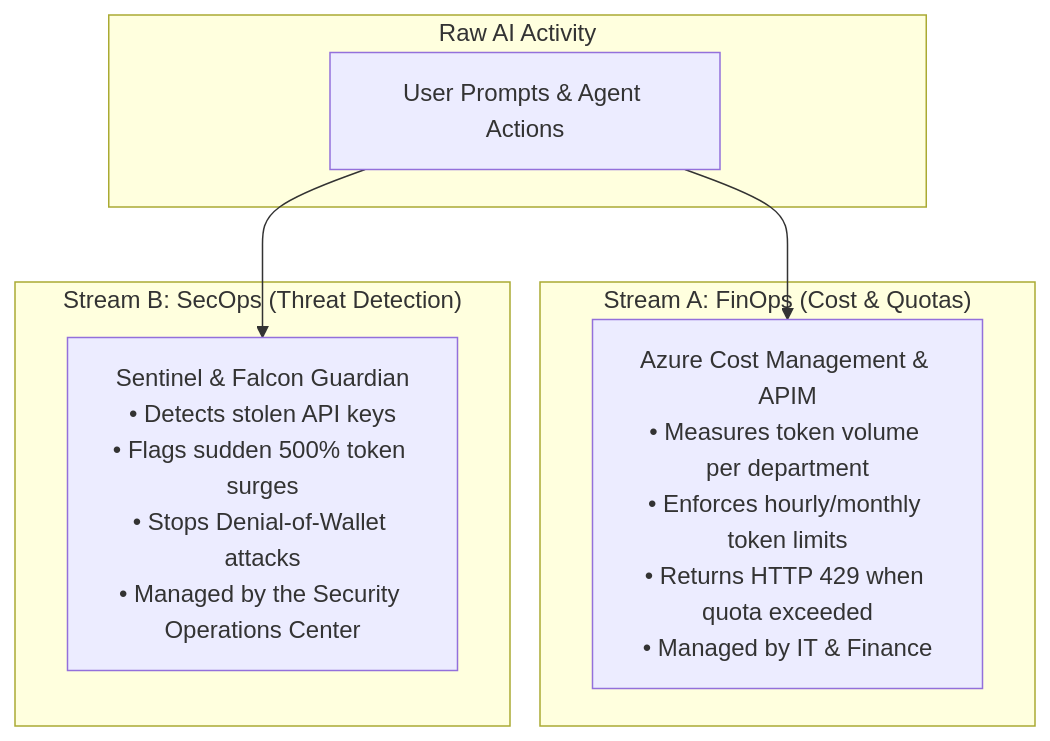
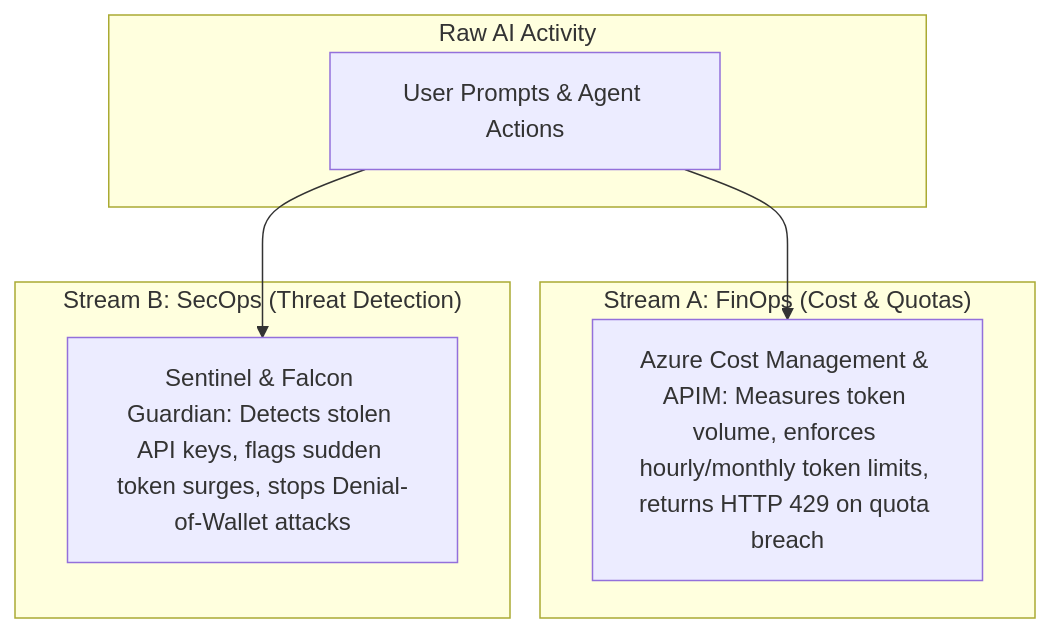
The sixth of 8 diagrams in microsoft_vs_crowdstrike_ai_dr_guide.md (86sunbot/fde-lab), drawn with Mermaid before and after one commit. The commit also changed other lines of this file and 1 other file, not shown here.

Commit message:
docs: fix Mermaid rendering, diagram count, and code-to-doc alignment in README and AI/DR guide

````diff
--- a/microsoft_vs_crowdstrike_ai_dr_guide.md
+++ b/microsoft_vs_crowdstrike_ai_dr_guide.md
@@ -257,17 +257,17 @@
 ```mermaid
-graph TD
+flowchart TD
     subgraph Input_Telemetry ["Raw AI Activity"]
         Prompts["User Prompts & Agent Actions"]
     end
 
     subgraph FinOps_Stream ["Stream A: FinOps (Cost & Quotas)"]
-        Cost["Azure Cost Management & APIM<br/>• Measures token volume per department<br/>• Enforces hourly/monthly token limits<br/>• Returns HTTP 429 when quota exceeded<br/>• Managed by IT & Finance"]
+        Cost["Azure Cost Management & APIM: Measures token volume, enforces hourly/monthly token limits, returns HTTP 429 on quota breach"]
     end
 
     subgraph SecOps_Stream ["Stream B: SecOps (Threat Detection)"]
-        Threat["Sentinel & Falcon Guardian<br/>• Detects stolen API keys<br/>• Flags sudden 500% token surges<br/>• Stops Denial-of-Wallet attacks<br/>• Managed by the Security Operations Center"]
+        Threat["Sentinel & Falcon Guardian: Detects stolen API keys, flags sudden token surges, stops Denial-of-Wallet attacks"]
     end
 
     Prompts --> Cost
     Prompts --> Threat
 ```
````
